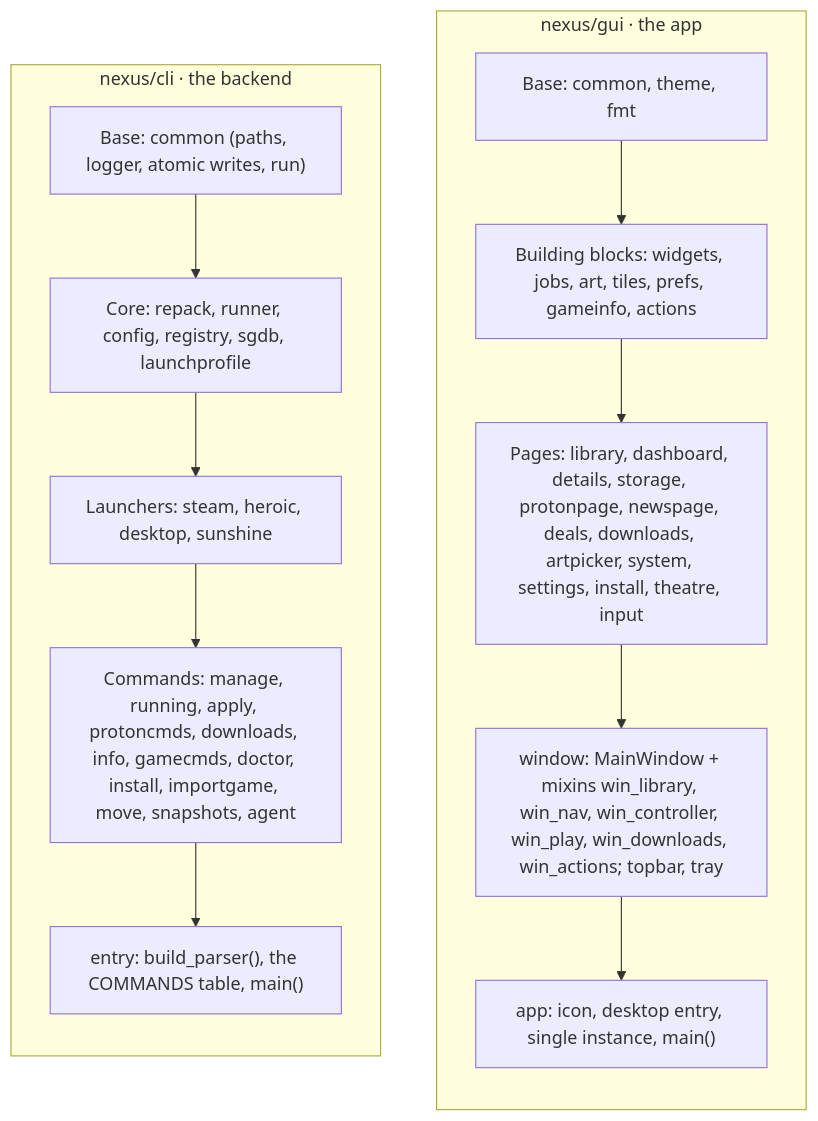
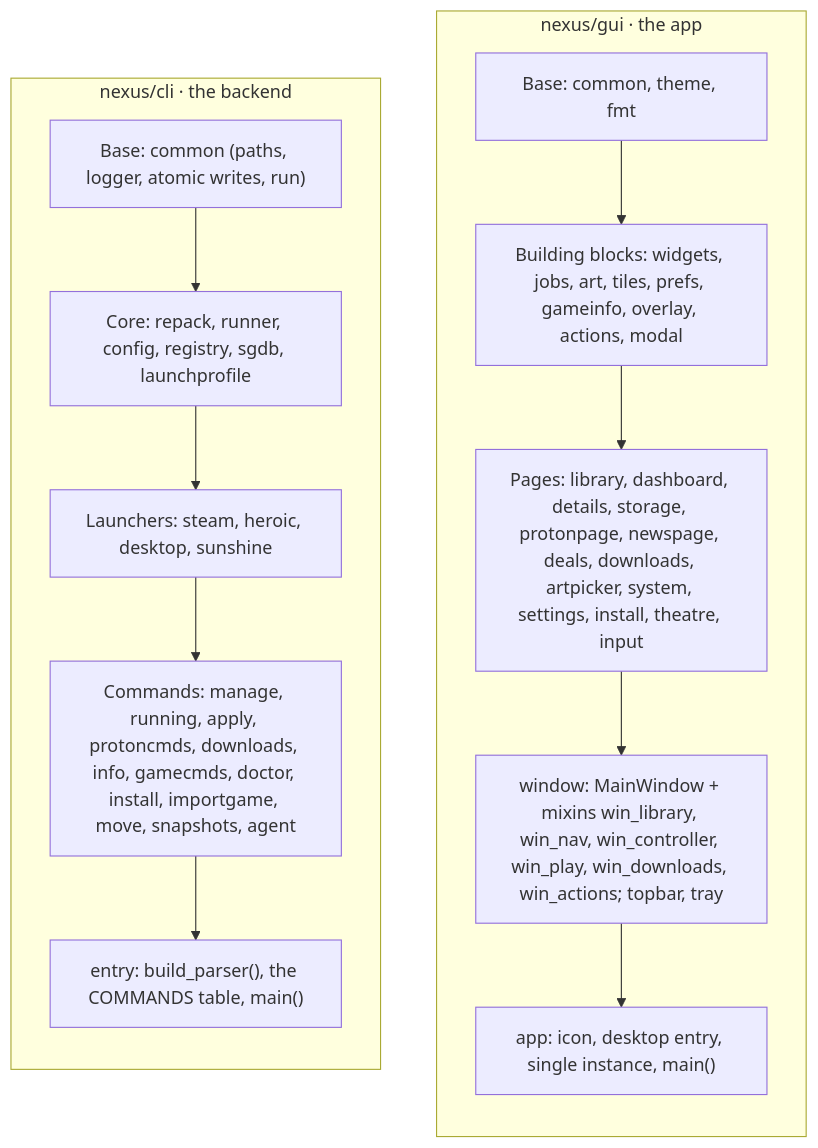
The second of 2 diagrams in docs/LINUX.md (cyberpunk89/nexus-launcher), drawn with Mermaid before and after one commit. The commit also changed other lines of this file and 17 other files, not shown here.

````diff
--- a/docs/LINUX.md
+++ b/docs/LINUX.md
@@ -146,17 +146,17 @@
 ```mermaid
 flowchart TB
   subgraph g["nexus/gui · the app"]
     direction TB
-    g1["Base: common, theme, fmt"] --> g2["Building blocks: widgets, jobs, art, tiles, prefs, gameinfo, actions"]
+    g1["Base: common, theme, fmt"] --> g2["Building blocks: widgets, jobs, art, tiles, prefs, gameinfo, overlay, actions, modal"]
     g2 --> g3["Pages: library, dashboard, details, storage, protonpage, newspage, deals, downloads, artpicker, system, settings, install, theatre, input"]
     g3 --> g4["window: MainWindow + mixins win_library, win_nav, win_controller, win_play, win_downloads, win_actions; topbar, tray"]
     g4 --> g5["app: icon, desktop entry, single instance, main()"]
   end
   subgraph c["nexus/cli · the backend"]
     direction TB
     c1["Base: common (paths, logger, atomic writes, run)"] --> c2["Core: repack, runner, config, registry, sgdb, launchprofile"]
     c2 --> c3["Launchers: steam, heroic, desktop, sunshine"]
     c3 --> c4["Commands: manage, running, apply, protoncmds, downloads, info, gamecmds, doctor, install, importgame, move, snapshots, agent"]
     c4 --> c5["entry: build_parser(), the COMMANDS table, main()"]
   end
 ```
````
